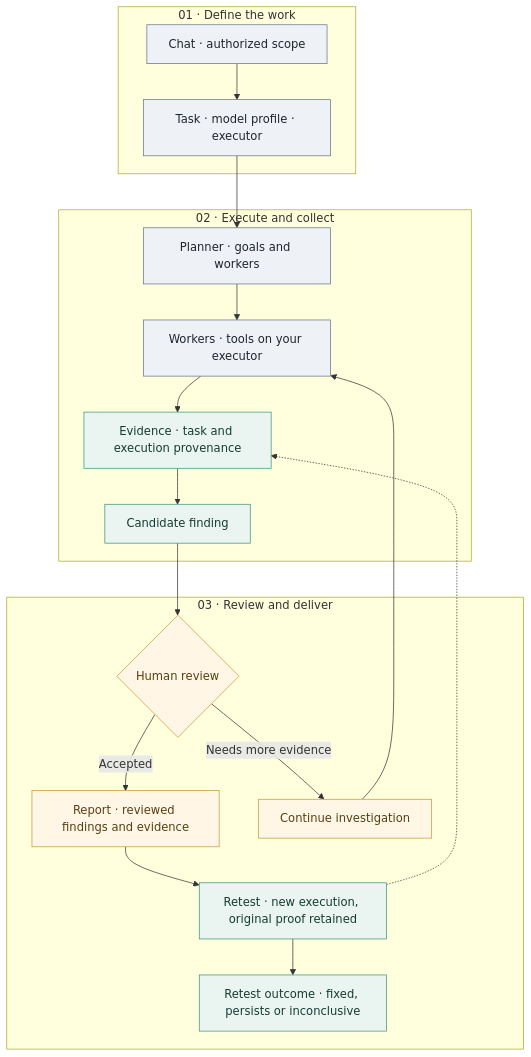
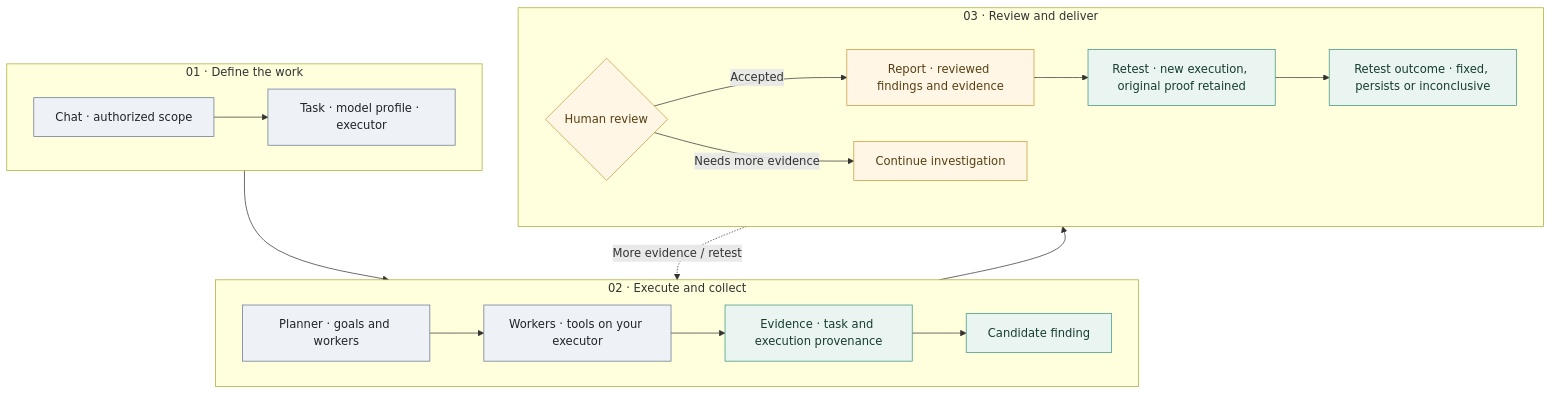
One commit to sordado123/vulnetic-core changed the first of 2 diagrams in README.md. Above: the diagram before and after it, drawn with Mermaid. The commit also changed 1 other file, not shown here.

Commit message:
docs: keep assessment flow readable in horizontal stages

````diff
--- a/README.md
+++ b/README.md
@@ -53,27 +53,28 @@
 ```mermaid
 flowchart TB
   subgraph SETUP["01 · Define the work"]
+    direction LR
     C["Chat · authorized scope"] --> T["Task · model profile · executor"]
   end
   subgraph EXECUTION["02 · Execute and collect"]
+    direction LR
     P["Planner · goals and workers"] --> W["Workers · tools on your executor"]
     W --> E["Evidence · task and execution provenance"]
     E --> F["Candidate finding"]
   end
   subgraph REVIEW["03 · Review and deliver"]
+    direction LR
     H{"Human review"} -->|Accepted| R["Report · reviewed findings and evidence"]
     H -->|Needs more evidence| N["Continue investigation"]
     R --> X["Retest · new execution, original proof retained"]
     X --> O["Retest outcome · fixed, persists or inconclusive"]
   end
-  T --> P
-  F --> H
-  N --> W
-  X -.-> E
+  SETUP --> EXECUTION --> REVIEW
+  REVIEW -.->|"More evidence / retest"| EXECUTION
   classDef work fill:#eef2f6,stroke:#64748b,color:#20242b
   classDef evidence fill:#eaf5f1,stroke:#39947b,color:#163c32
   classDef review fill:#fff6e5,stroke:#c6983a,color:#574013
   class C,T,P,W work
   class E,F,X,O evidence
   class H,R,N review
 ```
````
